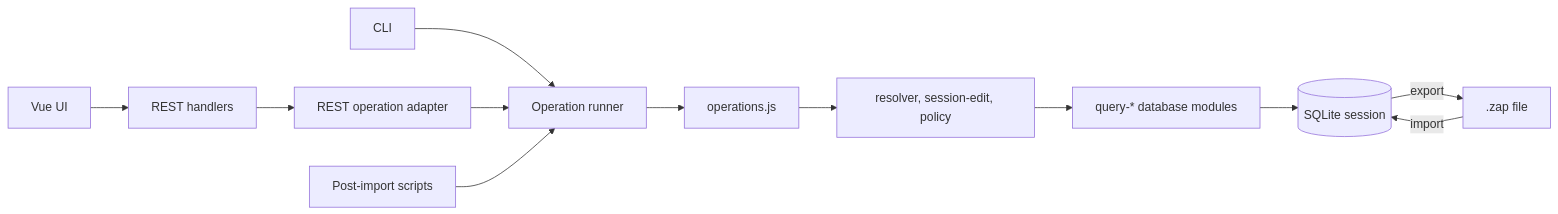
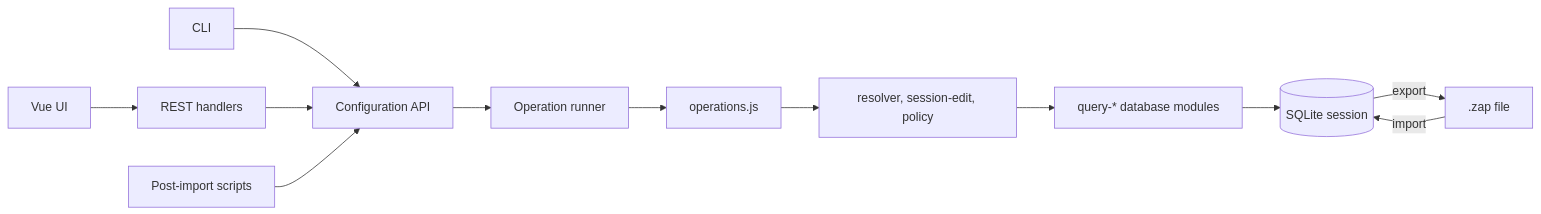
The diagram in docs/zap-cli.md (project-chip/zap), drawn with Mermaid before and after one commit. The commit also changed other lines of this file and 10 other files, not shown here.

Commit message:
Centralize configuration API boundary

````diff
--- a/docs/zap-cli.md
+++ b/docs/zap-cli.md
@@ -101,14 +101,14 @@
 ```mermaid
 flowchart LR
   gui[Vue UI] --> rest[REST handlers]
-  cli[CLI] --> runner[Operation runner]
-  rest --> adapter[REST operation adapter]
-  adapter --> runner
-  post[Post-import scripts] --> runner
+  cli[CLI] --> api[Configuration API]
+  rest --> api
+  post[Post-import scripts] --> api
+  api --> runner[Operation runner]
   runner --> ops[operations.js]
   ops --> shared[resolver, session-edit, policy]
   shared --> queries[query-* database modules]
   queries --> db[(SQLite session)]
   file[.zap file] -->|import| db
   db -->|export| file
 ```
````
